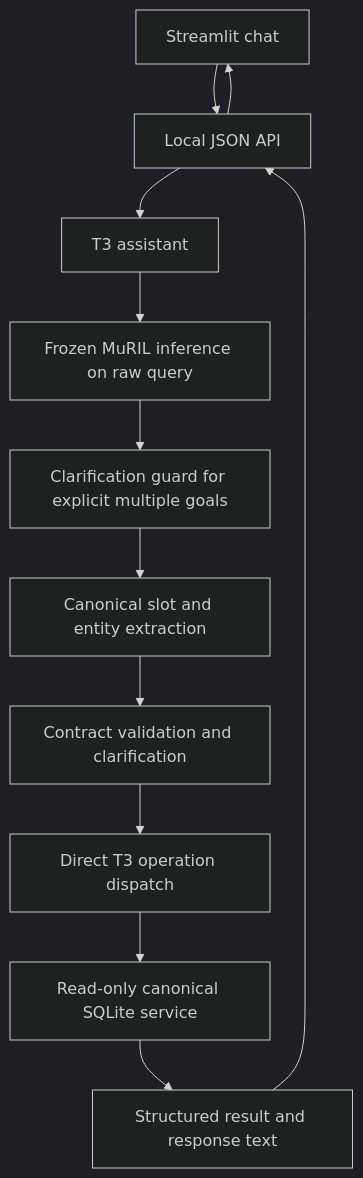
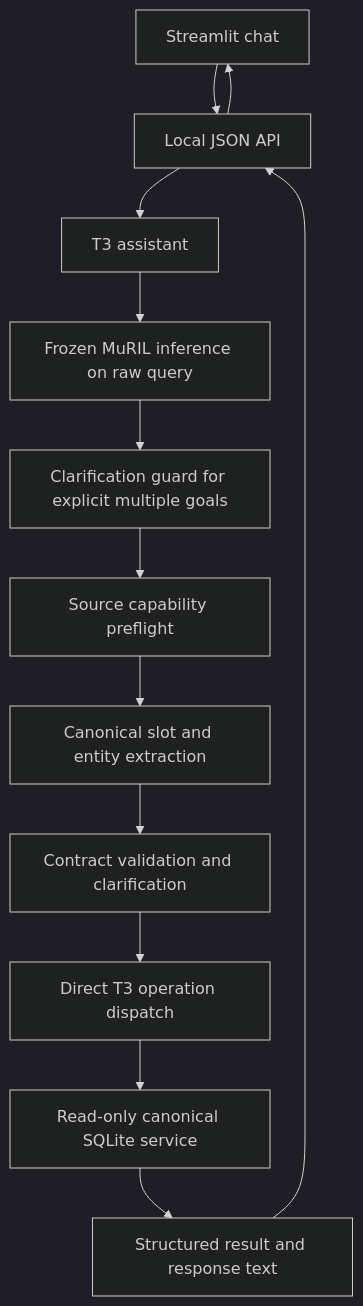
The diagram in ARCHITECTURE.md (kaustubh-dot/nlp-transport-assistant), drawn with Mermaid (dark theme) before and after one commit. The commit also changed other lines of this file and 10 other files, not shown here.

````diff
--- a/ARCHITECTURE.md
+++ b/ARCHITECTURE.md
@@ -5,14 +5,15 @@
 ```mermaid
 flowchart TD
     UI[Streamlit chat] --> API[Local JSON API]
     API --> A[T3 assistant]
     A --> M[Frozen MuRIL inference on raw query]
     M --> G[Clarification guard for explicit multiple goals]
-    G --> S[Canonical slot and entity extraction]
+    G --> C[Source capability preflight]
+    C --> S[Canonical slot and entity extraction]
     S --> V[Contract validation and clarification]
     V --> D[Direct T3 operation dispatch]
     D --> KB[Read-only canonical SQLite service]
     KB --> R[Structured result and response text]
     R --> API
     API --> UI
 ```
````
